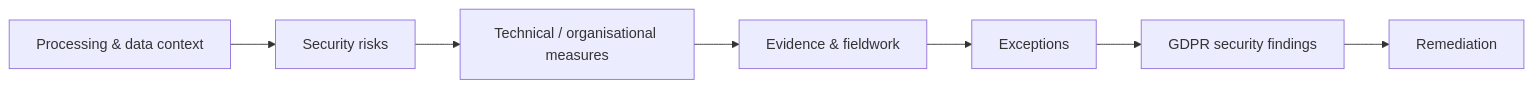
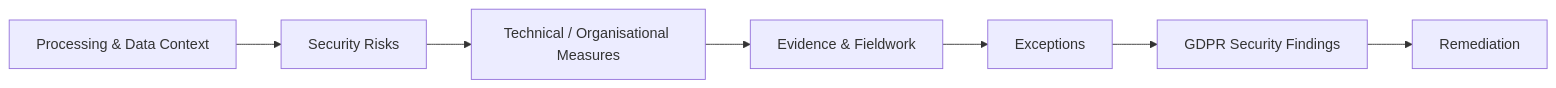
One commit to adityavm19/uk-gdpr-control-assessment-demo changed the diagram in README.md. Above: the diagram before and after it, drawn with Mermaid. The commit also changed other lines of this file, not shown here.

````diff
--- a/README.md
+++ b/README.md
@@ -13,9 +13,9 @@
 ```mermaid
 flowchart LR
-    A[Processing & data context] --> B[Security risks]
-    B --> C[Technical / organisational measures]
-    C --> D[Evidence & fieldwork]
+    A[Processing & Data Context] --> B[Security Risks]
+    B --> C[Technical / Organisational Measures]
+    C --> D[Evidence & Fieldwork]
     D --> E[Exceptions]
-    E --> F[GDPR security findings]
+    E --> F[GDPR Security Findings]
     F --> G[Remediation]
 ```
````
